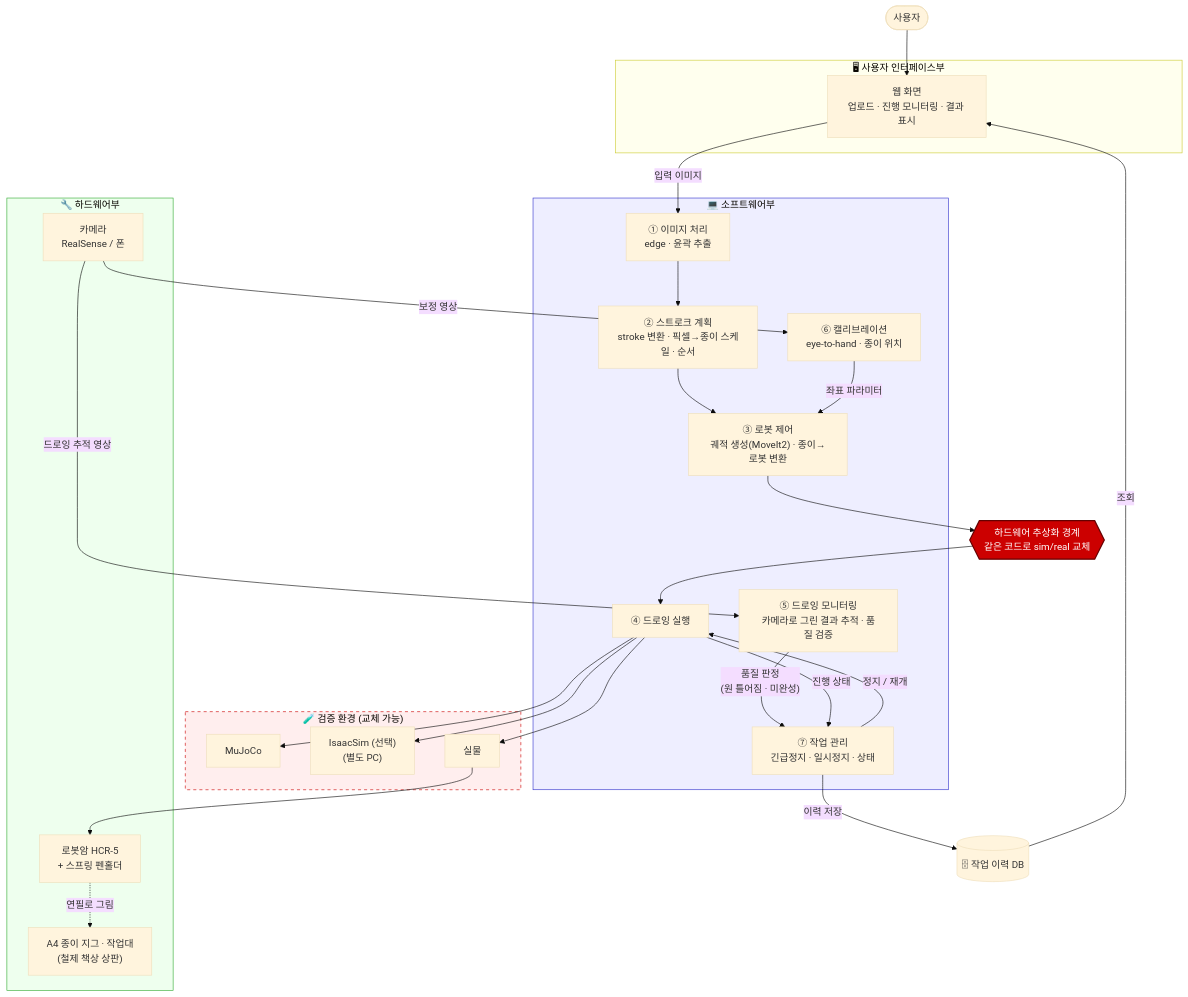
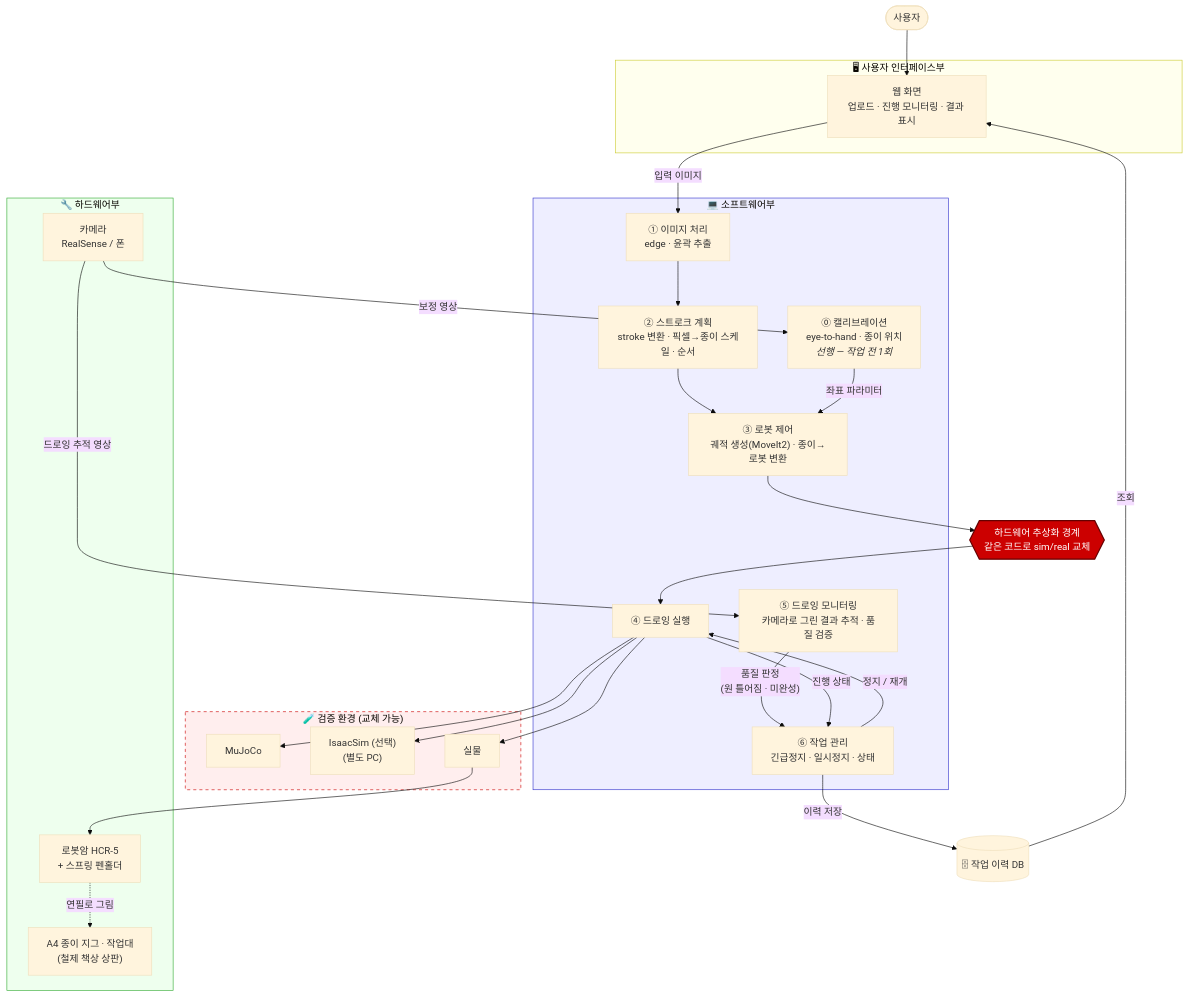
Before and after one commit to MarkCheon25/Nyang_Nyang_Atlier: the first of 4 diagrams in docs/System Architecture.md, drawn with Mermaid (base theme). The commit also changed other lines of this file and 30 other files, not shown here.

````diff
--- a/docs/System Architecture.md
+++ b/docs/System Architecture.md
@@ -29,57 +29,57 @@
 ```mermaid
 flowchart TB
     USER([사용자]) --> WEB
 
     subgraph UI["🖥 사용자 인터페이스부"]
         WEB["웹 화면<br/>업로드 · 진행 모니터링 · 결과 표시"]
     end
 
     subgraph SW["💻 소프트웨어부"]
+        CALIB["⓪ 캘리브레이션<br/>eye-to-hand · 종이 위치<br/><i>선행 — 작업 전 1회</i>"]
         IMG["① 이미지 처리<br/>edge · 윤곽 추출"]
         PLAN["② 스트로크 계획<br/>stroke 변환 · 픽셀→종이 스케일 · 순서"]
         CTRL["③ 로봇 제어<br/>궤적 생성(MoveIt2) · 종이→로봇 변환"]
         EXEC["④ 드로잉 실행"]
         MON["⑤ 드로잉 모니터링<br/>카메라로 그린 결과 추적 · 품질 검증"]
-        CALIB["⑥ 캘리브레이션<br/>eye-to-hand · 종이 위치"]
-        JOB["⑦ 작업 관리<br/>긴급정지 · 일시정지 · 상태"]
+        JOB["⑥ 작업 관리<br/>긴급정지 · 일시정지 · 상태"]
     end
 
     BND{{"하드웨어 추상화 경계<br/>같은 코드로 sim/real 교체"}}
 
     subgraph VER["🧪 검증 환경 (교체 가능)"]
         MJ["MuJoCo"]
         IS["IsaacSim (선택)<br/>(별도 PC)"]
         RE["실물"]
     end
 
     subgraph HW["🔧 하드웨어부"]
         ARM["로봇암 HCR-5<br/>+ 스프링 펜홀더"]
         CAM["카메라<br/>RealSense / 폰"]
         JIG["A4 종이 지그 · 작업대<br/>(철제 책상 상판)"]
     end
 
     DB[("🗄 작업 이력 DB")]
 
     WEB -->|입력 이미지| IMG
     IMG --> PLAN --> CTRL
     CTRL --> BND
     BND --> EXEC
     EXEC --> MJ & IS & RE
     RE --> ARM
     ARM -. 연필로 그림 .-> JIG
 
     CAM -->|보정 영상| CALIB
     CAM -->|드로잉 추적 영상| MON
     CALIB -->|좌표 파라미터| CTRL
     MON -->|"품질 판정<br/>(원 틀어짐 · 미완성)"| JOB
     JOB -->|정지 / 재개| EXEC
     EXEC -->|진행 상태| JOB
     JOB -->|이력 저장| DB
     DB -->|조회| WEB
 
     style BND fill:#c00,color:#fff,stroke:#600,stroke-width:2px
     style SW fill:#eef,stroke:#33c
     style HW fill:#efe,stroke:#3a3
     style VER fill:#fee,stroke:#c00,stroke-dasharray:5 5
     style UI fill:#ffe,stroke:#cc3
 ```
````
